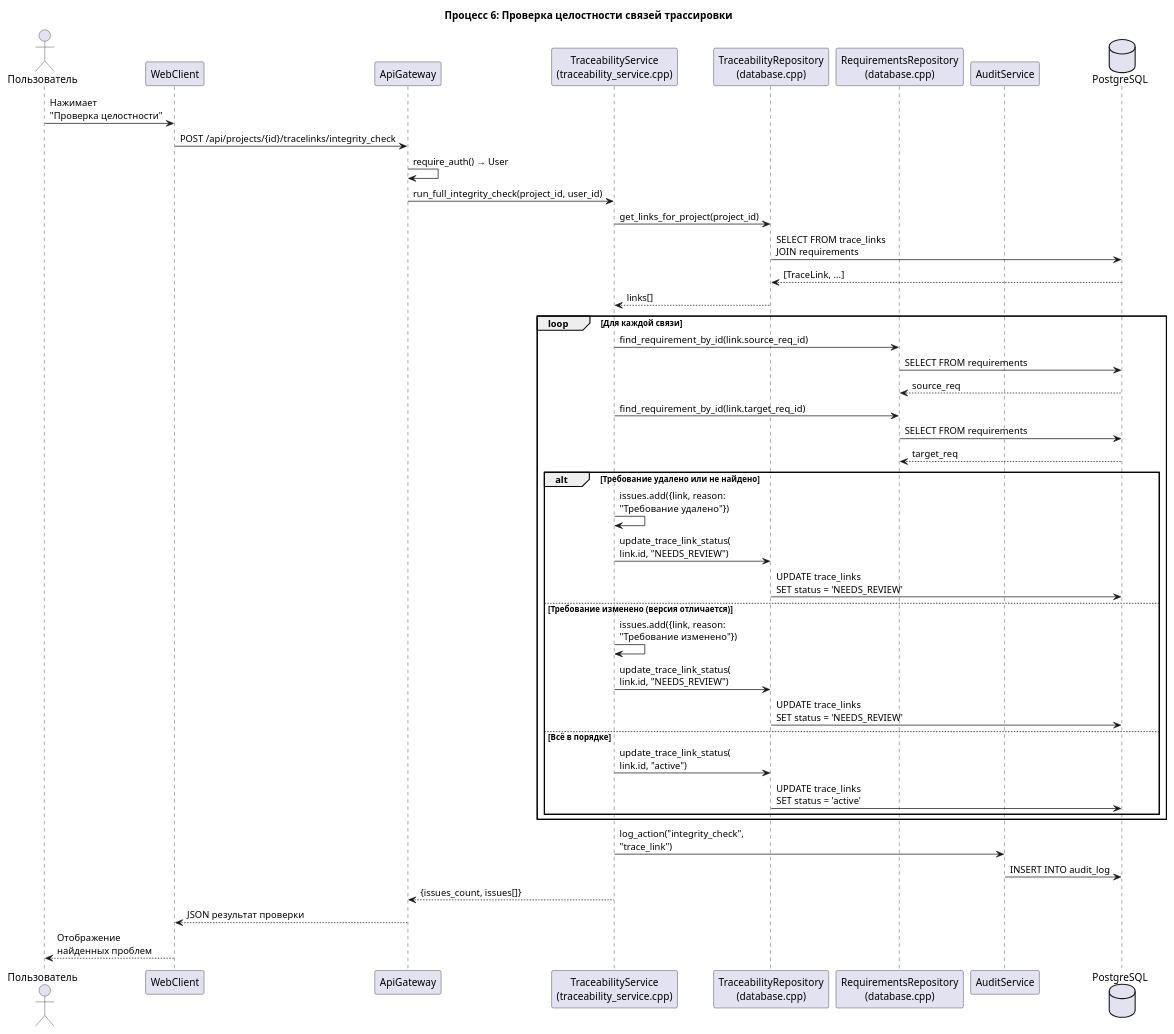
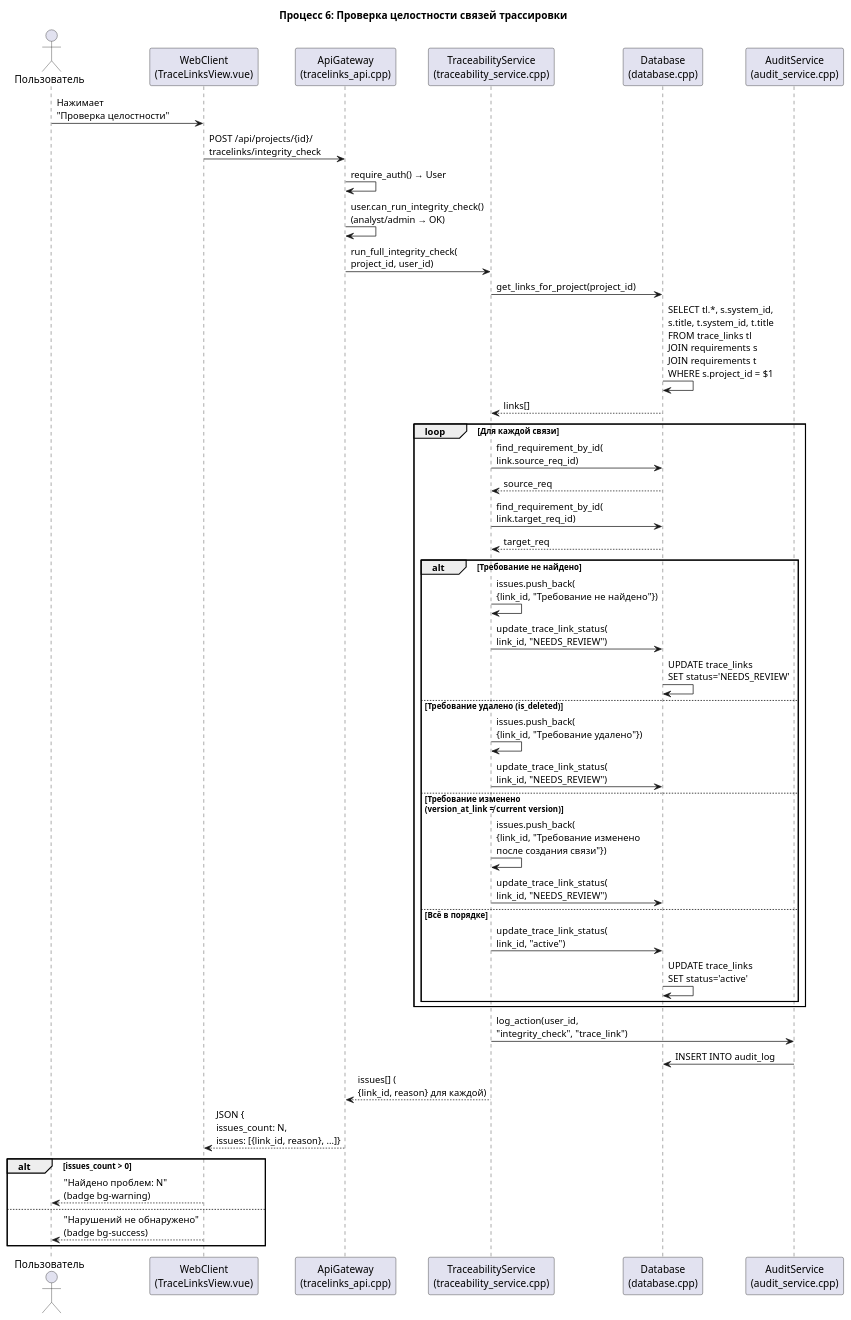
The diagram in docs/sequence_integrity.puml (Ilya0217/sut), drawn with PlantUML before and after one commit. The commit also changed 9 other files, not shown here.

Commit message:
updated diagrams

```diff
--- a/docs/sequence_integrity.puml
+++ b/docs/sequence_integrity.puml
@@ -1,55 +1,58 @@
 @startuml "Процесс 6: Проверка целостности связей"
 
 title Процесс 6: Проверка целостности связей трассировки
 
 actor "Пользователь" as User
-participant "WebClient" as WC
-participant "ApiGateway" as AG
+participant "WebClient\n(TraceLinksView.vue)" as WC
+participant "ApiGateway\n(tracelinks_api.cpp)" as AG
 participant "TraceabilityService\n(traceability_service.cpp)" as TS
-participant "TraceabilityRepository\n(database.cpp)" as TR
-participant "RequirementsRepository\n(database.cpp)" as RR
-participant "AuditService" as AS
-database "PostgreSQL" as DB
+participant "Database\n(database.cpp)" as DB
+participant "AuditService\n(audit_service.cpp)" as AS
 
 User -> WC : Нажимает\n"Проверка целостности"
-WC -> AG : POST /api/projects/{id}/tracelinks/integrity_check
+WC -> AG : POST /api/projects/{id}/\ntracelinks/integrity_check
 AG -> AG : require_auth() → User
+AG -> AG : user.can_run_integrity_check()\n(analyst/admin → OK)
 
-AG -> TS : run_full_integrity_check(project_id, user_id)
+AG -> TS : run_full_integrity_check(\nproject_id, user_id)
 
-TS -> TR : get_links_for_project(project_id)
-TR -> DB : SELECT FROM trace_links\nJOIN requirements
-DB --> TR : [TraceLink, ...]
-TR --> TS : links[]
+TS -> DB : get_links_for_project(project_id)
+DB -> DB : SELECT tl.*, s.system_id,\ns.title, t.system_id, t.title\nFROM trace_links tl\nJOIN requirements s\nJOIN requirements t\nWHERE s.project_id = $1
+DB --> TS : links[]
 
 loop Для каждой связи
-    TS -> RR : find_requirement_by_id(link.source_req_id)
-    RR -> DB : SELECT FROM requirements
-    DB --> RR : source_req
+    TS -> DB : find_requirement_by_id(\nlink.source_req_id)
+    DB --> TS : source_req
 
-    TS -> RR : find_requirement_by_id(link.target_req_id)
-    RR -> DB : SELECT FROM requirements
-    DB --> RR : target_req
+    TS -> DB : find_requirement_by_id(\nlink.target_req_id)
+    DB --> TS : target_req
 
-    alt Требование удалено или не найдено
-        TS -> TS : issues.add({link, reason:\n"Требование удалено"})
-        TS -> TR : update_trace_link_status(\nlink.id, "NEEDS_REVIEW")
-        TR -> DB : UPDATE trace_links\nSET status = 'NEEDS_REVIEW'
-    else Требование изменено (версия отличается)
-        TS -> TS : issues.add({link, reason:\n"Требование изменено"})
-        TS -> TR : update_trace_link_status(\nlink.id, "NEEDS_REVIEW")
-        TR -> DB : UPDATE trace_links\nSET status = 'NEEDS_REVIEW'
+    alt Требование не найдено
+        TS -> TS : issues.push_back(\n{link_id, "Требование не найдено"})
+        TS -> DB : update_trace_link_status(\nlink_id, "NEEDS_REVIEW")
+        DB -> DB : UPDATE trace_links\nSET status='NEEDS_REVIEW'
+    else Требование удалено (is_deleted)
+        TS -> TS : issues.push_back(\n{link_id, "Требование удалено"})
+        TS -> DB : update_trace_link_status(\nlink_id, "NEEDS_REVIEW")
+    else Требование изменено\n(version_at_link ≠ current version)
+        TS -> TS : issues.push_back(\n{link_id, "Требование изменено\nпосле создания связи"})
+        TS -> DB : update_trace_link_status(\nlink_id, "NEEDS_REVIEW")
     else Всё в порядке
-        TS -> TR : update_trace_link_status(\nlink.id, "active")
-        TR -> DB : UPDATE trace_links\nSET status = 'active'
+        TS -> DB : update_trace_link_status(\nlink_id, "active")
+        DB -> DB : UPDATE trace_links\nSET status='active'
     end
 end
 
-TS -> AS : log_action("integrity_check",\n"trace_link")
+TS -> AS : log_action(user_id,\n"integrity_check", "trace_link")
 AS -> DB : INSERT INTO audit_log
 
-TS --> AG : {issues_count, issues[]}
-AG --> WC : JSON результат проверки
-WC --> User : Отображение\nнайденных проблем
+TS --> AG : issues[] (\n{link_id, reason} для каждой)
+AG --> WC : JSON {\nissues_count: N,\nissues: [{link_id, reason}, ...]}
+
+alt issues_count > 0
+    WC --> User : "Найдено проблем: N"\n(badge bg-warning)
+else
+    WC --> User : "Нарушений не обнаружено"\n(badge bg-success)
+end
 
 @enduml
```
